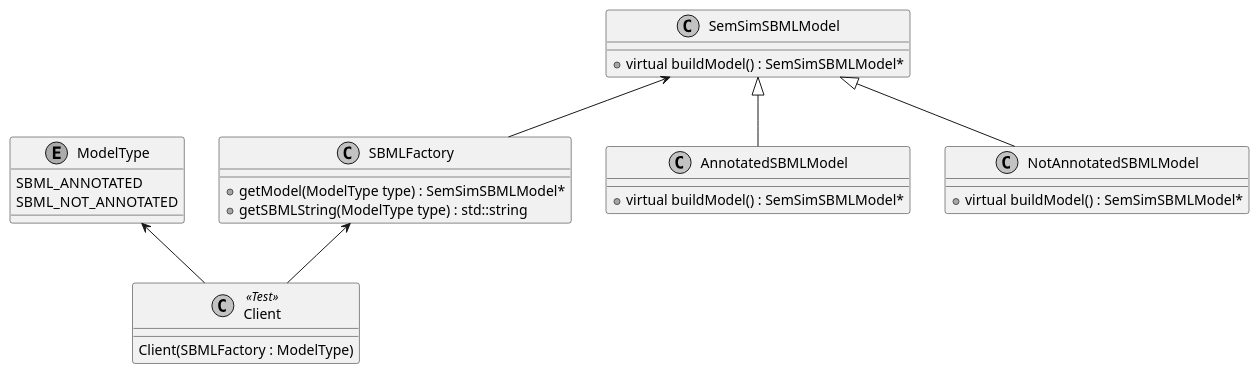
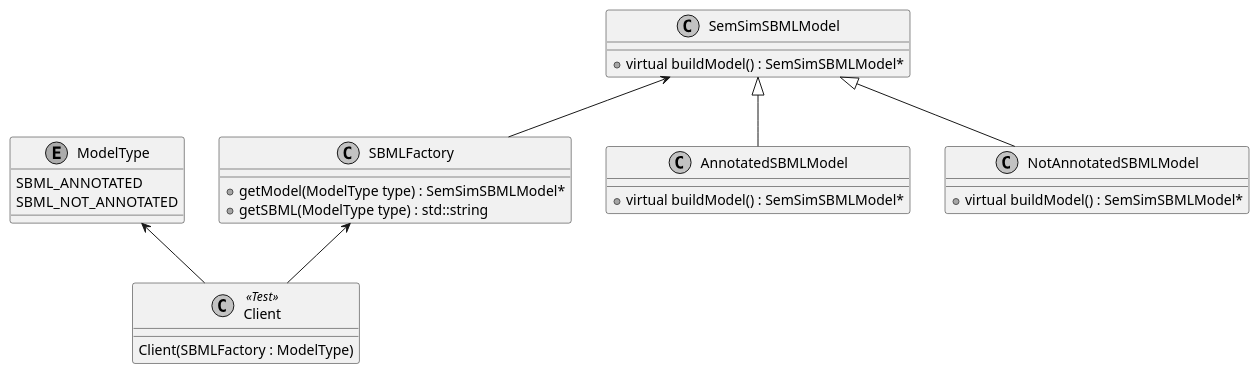
One commit to sys-bio/libOmexMeta changed the diagram in Design/test_model_factory_design.puml. Above: the diagram before and after it, drawn with PlantUML. The commit also changed 18 other files, not shown here.

Commit message:
Wrote code for extracting which species belong in which compartment into RDF graph when >1 compartment present.

```diff
--- a/Design/test_model_factory_design.puml
+++ b/Design/test_model_factory_design.puml
@@ -1,48 +1,48 @@
 @startuml
 skinparam monochrome true
 
 enum ModelType {
     SBML_ANNOTATED
     SBML_NOT_ANNOTATED
 }
 
 class SBMLFactory {
     + getModel(ModelType type) : SemSimSBMLModel*
-    + getSBMLString(ModelType type) : std::string
+    + getSBML(ModelType type) : std::string
 }
 
 class SemSimSBMLModel{
     + virtual buildModel() : SemSimSBMLModel*
 }
 
 class AnnotatedSBMLModel {
     + virtual buildModel() : SemSimSBMLModel*
 }
 
 class NotAnnotatedSBMLModel {
     + virtual buildModel() : SemSimSBMLModel*
 }
 
 SemSimSBMLModel <|-- NotAnnotatedSBMLModel
 SemSimSBMLModel <|-- AnnotatedSBMLModel
 
 
 class Client <<Test>>{
     Client(SBMLFactory : ModelType)
 }
 
 SBMLFactory <-- Client
 ModelType <-- Client
 SemSimSBMLModel <-- SBMLFactory
 
 
 
 
 
 
 
 
 
 
 
 @enduml
```
